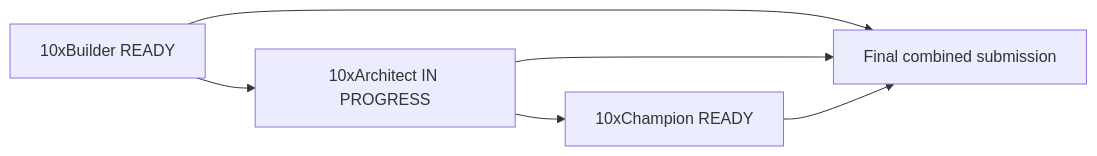
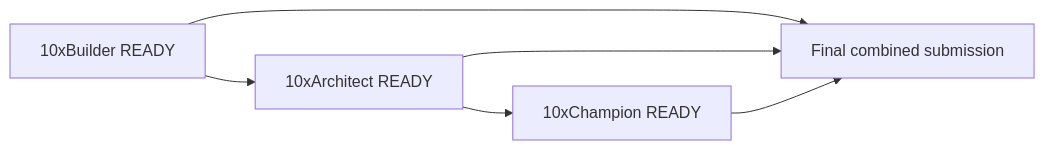
Before and after one commit to szymoniwacz/safelog-ai: the diagram in context/certification/certification-readiness.md, drawn with Mermaid. The commit also changed other lines of this file and 17 other files, not shown here.

Commit message:
Update architect certification excerpts and add screenshots

````diff
--- a/context/certification/certification-readiness.md
+++ b/context/certification/certification-readiness.md
@@ -26,8 +26,8 @@
 ```mermaid
 flowchart LR
-  B[10xBuilder READY] --> A[10xArchitect IN PROGRESS]
+  B[10xBuilder READY] --> A[10xArchitect READY]
   A --> C[10xChampion READY]
   B --> S[Final combined submission]
   A --> S
   C --> S
 ```
````
